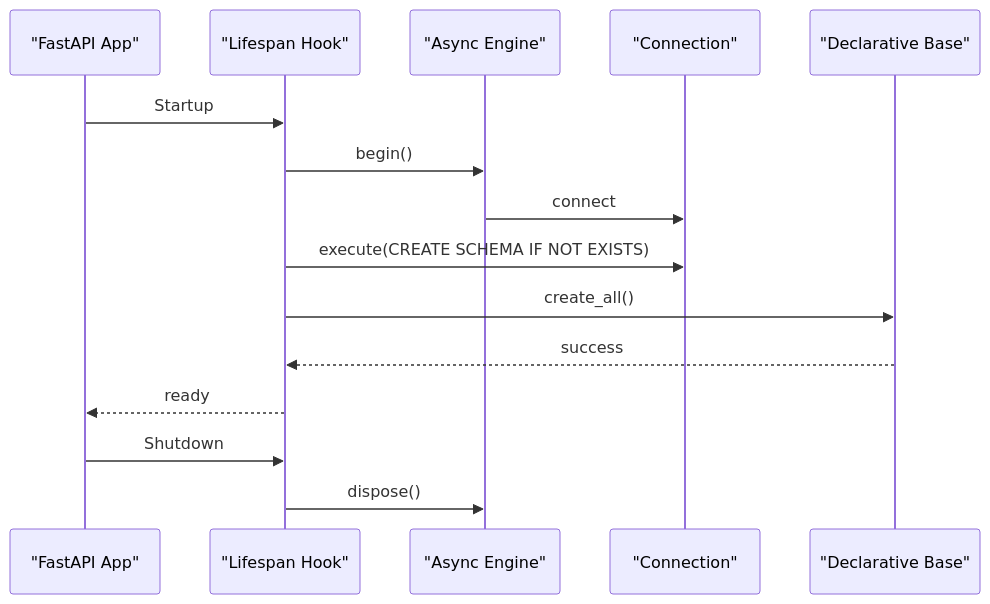
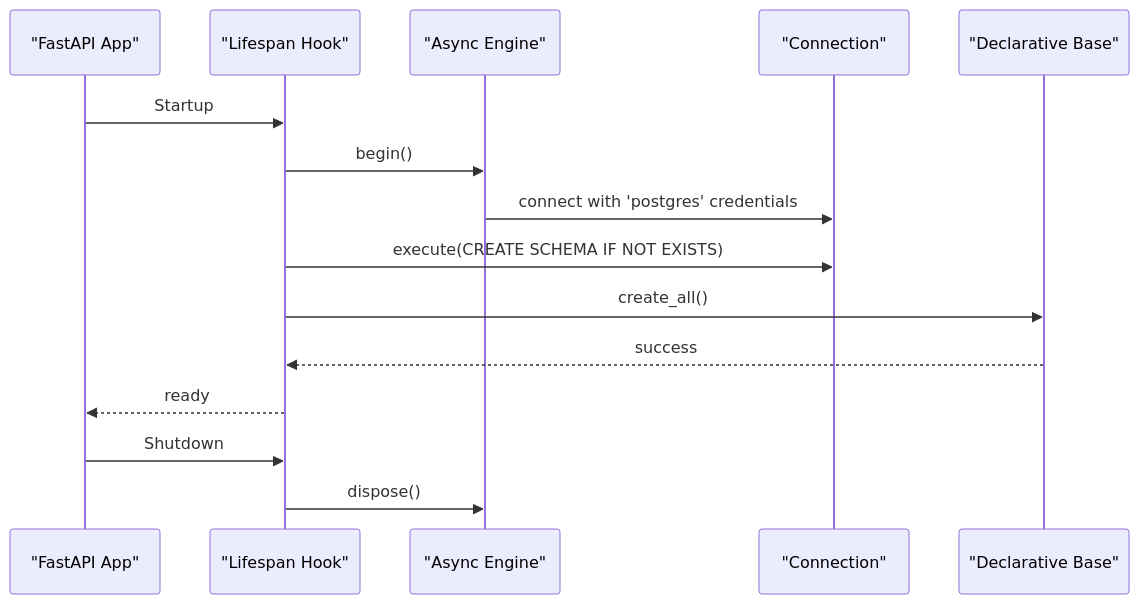
One commit to srikant-panda/auth-service changed the fourth of 9 diagrams in .qoder/repowiki/en/content/Advanced Topics/Database Configuration and Connection Management.md. Above: the diagram before and after it, drawn with Mermaid. The commit also changed other lines of this file and 6 other files, not shown here.

````diff
--- a/.qoder/repowiki/en/content/Advanced Topics/Database Configuration and Connection Management.md
+++ b/.qoder/repowiki/en/content/Advanced Topics/Database Configuration and Connection Management.md
@@ -181,17 +202,17 @@
 ```mermaid
 sequenceDiagram
 participant App as "FastAPI App"
 participant Lifespan as "Lifespan Hook"
 participant Engine as "Async Engine"
 participant Conn as "Connection"
 participant Metadata as "Declarative Base"
 App->>Lifespan : Startup
 Lifespan->>Engine : begin()
-Engine->>Conn : connect
+Engine->>Conn : connect with 'postgres' credentials
 Lifespan->>Conn : execute(CREATE SCHEMA IF NOT EXISTS)
 Lifespan->>Metadata : create_all()
 Metadata-->>Lifespan : success
 Lifespan-->>App : ready
 App->>Lifespan : Shutdown
 Lifespan->>Engine : dispose()
 ```
````
